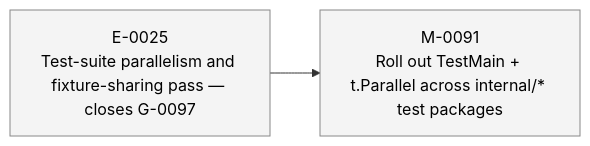
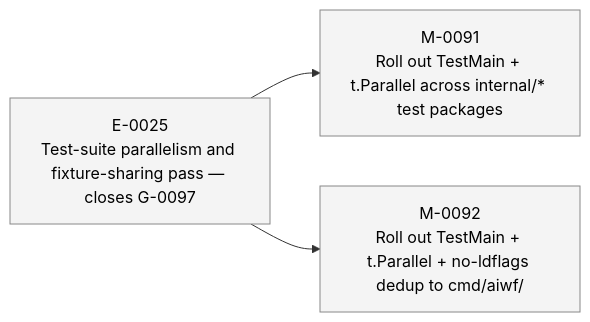
One commit to 23min/aiwf changed the second of 2 diagrams in STATUS.md. Above: the diagram before and after it, drawn with Mermaid. The commit also changed other lines of this file and 1 other file, not shown here.

First line of the commit message:
aiwf add milestone M-0092 "Roll out TestMain + t.Parallel + no-ldflags dedup to cmd/aiwf/"

````diff
--- a/STATUS.md
+++ b/STATUS.md
@@ -45,12 +46,14 @@
 ```mermaid
 flowchart LR
   E_0025["E-0025<br/>Test-suite parallelism and fixture-sharing pass — closes G-0097"]:::epic_proposed
   M_0091["M-0091<br/>Roll out TestMain + t.Parallel across internal/* test packages"]:::ms_draft
   E_0025 --> M_0091
+  M_0092["M-0092<br/>Roll out TestMain + t.Parallel + no-ldflags dedup to cmd/aiwf/"]:::ms_draft
+  E_0025 --> M_0092
   classDef epic_active fill:#d6eaff,stroke:#1a73e8,color:#000
   classDef epic_proposed fill:#f4f4f4,stroke:#888,color:#000
   classDef ms_done fill:#d8f5d8,stroke:#2a8a2a,color:#000
   classDef ms_in_progress fill:#fff3c4,stroke:#caa400,color:#000
   classDef ms_draft fill:#f4f4f4,stroke:#888,color:#000
   classDef ms_cancelled fill:#fbeaea,stroke:#c33,color:#000
 ```
````
